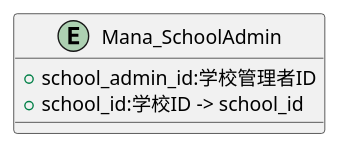
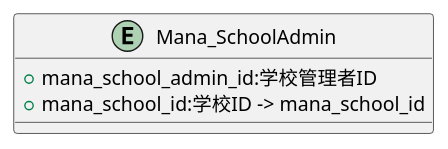
The diagram in Entity/Mana_SchoolAdmin.pu (popoposorara/ERP_ER), drawn with PlantUML before and after one commit. The commit also changed 26 other files, not shown here.

```diff
--- a/Entity/Mana_SchoolAdmin.pu
+++ b/Entity/Mana_SchoolAdmin.pu
@@ -1,8 +1,8 @@
 @startuml
 
 entity "Mana_SchoolAdmin" {
-    + school_admin_id:学校管理者ID
-    + school_id:学校ID -> school_id
+    + mana_school_admin_id:学校管理者ID
+    + mana_school_id:学校ID -> mana_school_id
 }
 
 @enduml
```
